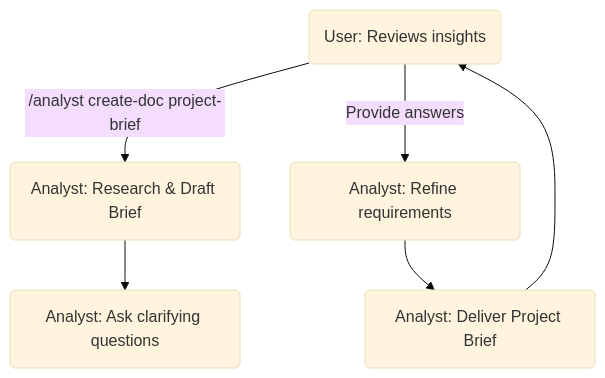
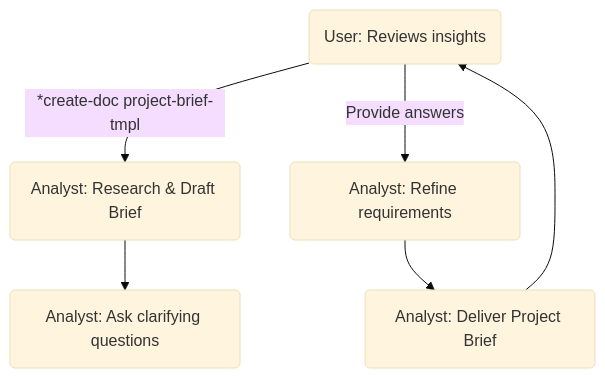
One commit to hitesh-goel/BMAD-METHOD changed the ninth of 20 diagrams in diagrams.md. Above: the diagram before and after it, drawn with Mermaid (base theme). The commit also changed other lines of this file, not shown here.

Commit message:
refactor: update flowchart commands in diagrams.md to use asterisk prefix for consistency and clarity. Enhanced agent command structures and added detailed workflow conditional flows for improved documentation.

````diff
--- a/diagrams.md
+++ b/diagrams.md
@@ -136,8 +321,8 @@
 ```mermaid
 flowchart TD
-    U(User: Request market research) -->|"/analyst create-doc project-brief"| A(Analyst: Research & Draft Brief)
+    U(User: Request market research) -->|"*create-doc project-brief-tmpl"| A(Analyst: Research & Draft Brief)
     A --> A2(Analyst: Ask clarifying questions)
     U -->|Provide answers| A3(Analyst: Refine requirements)
     A3 --> B(Analyst: Deliver Project Brief)
     B --> U(User: Reviews insights)
 ```
````
